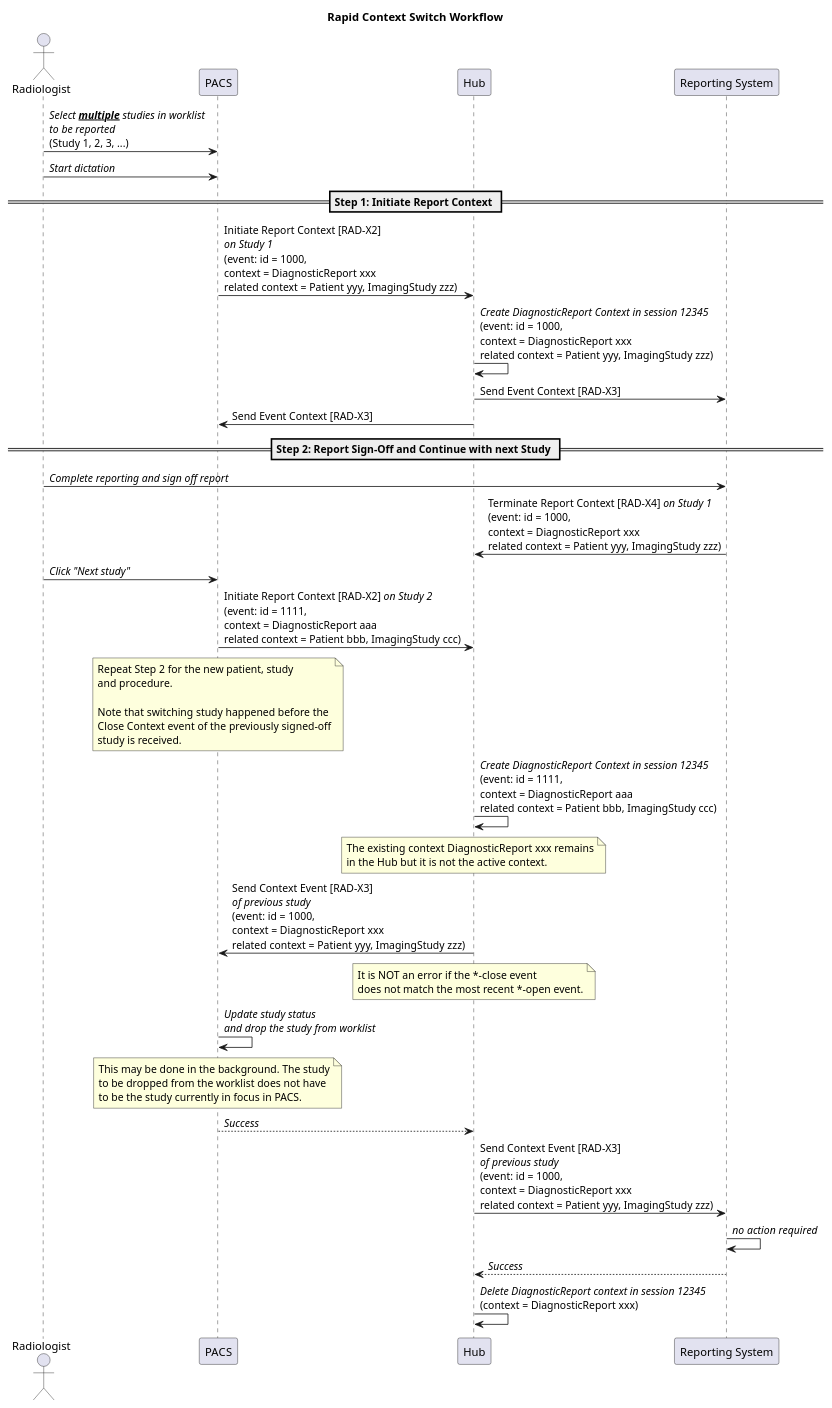
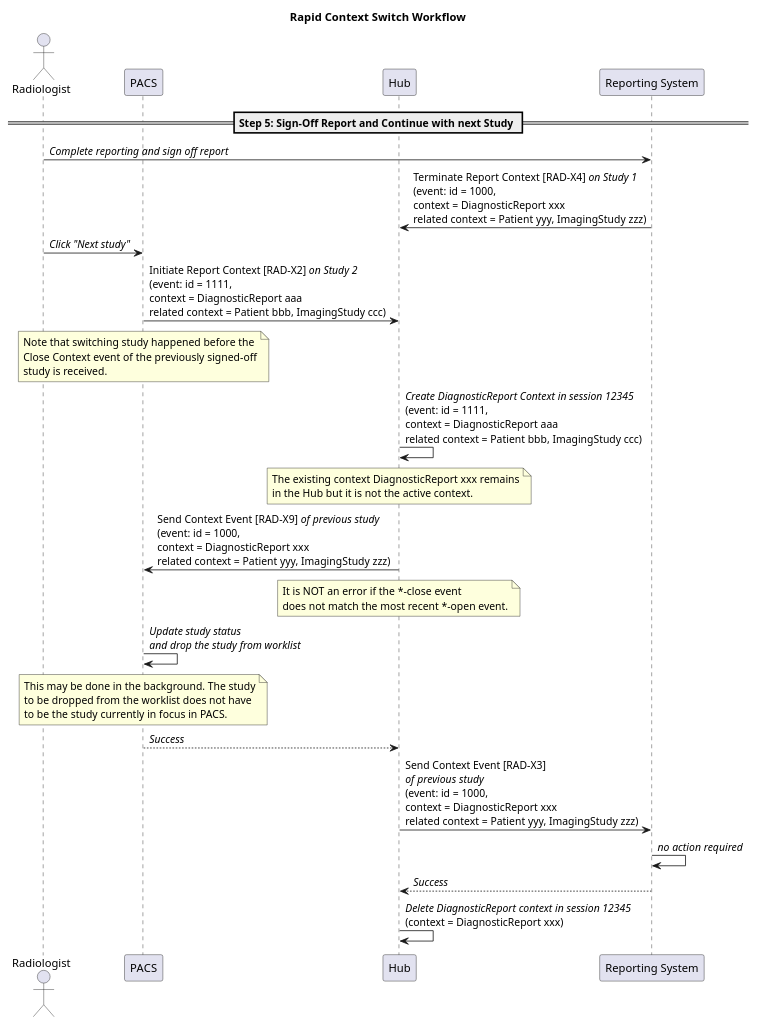
Before and after one commit to IHE/RAD.IRA: the diagram in input/images-source/rapid_switch_context.plantuml, drawn with PlantUML. The commit also changed 15 other files, not shown here.

```diff
--- a/input/images-source/rapid_switch_context.plantuml
+++ b/input/images-source/rapid_switch_context.plantuml
@@ -1,64 +1,50 @@
 @startuml rapid_switch_context
 
 title Rapid Context Switch Workflow
 
-actor Radiologist
+actor Radiologist as User
 participant "PACS" as PACS
 participant "Hub" as Hub
 participant "Reporting System" as Report
 
-Radiologist->PACS: //Select **__multiple__** studies in worklist//\n//to be reported//\n(Study 1, 2, 3, ...)
-Radiologist->PACS: //Start dictation//
+== Step 5: Sign-Off Report and Continue with next Study ==
 
-== Step 1: Initiate Report Context ==
-
-PACS->Hub: Initiate Report Context [RAD-X2]\n//on Study 1//\n(event: id = 1000,\ncontext = DiagnosticReport xxx\nrelated context = Patient yyy, ImagingStudy zzz)
-Hub->Hub: //Create DiagnosticReport Context in session 12345//\n(event: id = 1000,\ncontext = DiagnosticReport xxx\nrelated context = Patient yyy, ImagingStudy zzz)
-
-Hub->Report: Send Event Context [RAD-X3]
-Hub->PACS: Send Event Context [RAD-X3]
-
-== Step 2: Report Sign-Off and Continue with next Study ==
-
-Radiologist->Report: //Complete reporting and sign off report//
+User->Report: //Complete reporting and sign off report//
 Report->Hub: Terminate Report Context [RAD-X4] //on Study 1//\n(event: id = 1000,\ncontext = DiagnosticReport xxx\nrelated context = Patient yyy, ImagingStudy zzz)
 
-Radiologist->PACS: //Click "Next study"//
+User->PACS: //Click "Next study"//
 PACS->Hub: Initiate Report Context [RAD-X2] //on Study 2//\n(event: id = 1111,\ncontext = DiagnosticReport aaa\nrelated context = Patient bbb, ImagingStudy ccc)
 note over PACS
-Repeat Step 2 for the new patient, study
-and procedure.
-
 Note that switching study happened before the
 Close Context event of the previously signed-off
 study is received.
 end note
 
 Hub->Hub: //Create DiagnosticReport Context in session 12345//\n(event: id = 1111,\ncontext = DiagnosticReport aaa\nrelated context = Patient bbb, ImagingStudy ccc)
 note over Hub
 The existing context DiagnosticReport xxx remains
 in the Hub but it is not the active context.
 end note
 
-Hub->PACS: Send Context Event [RAD-X3]\n//of previous study//\n(event: id = 1000,\ncontext = DiagnosticReport xxx\nrelated context = Patient yyy, ImagingStudy zzz)
+Hub->PACS: Send Context Event [RAD-X9] //of previous study//\n(event: id = 1000,\ncontext = DiagnosticReport xxx\nrelated context = Patient yyy, ImagingStudy zzz)
 note over Hub
 It is NOT an error if the *-close event
 does not match the most recent *-open event.
 end note
 
 PACS->PACS: //Update study status//\n//and drop the study from worklist//
 note over PACS
 This may be done in the background. The study
 to be dropped from the worklist does not have
 to be the study currently in focus in PACS.
 end note
 
 PACS-->Hub: //Success//
 
 Hub->Report: Send Context Event [RAD-X3]\n//of previous study//\n(event: id = 1000,\ncontext = DiagnosticReport xxx\nrelated context = Patient yyy, ImagingStudy zzz)
 Report->Report: //no action required//
 Report-->Hub: //Success//
 
 Hub->Hub: //Delete DiagnosticReport context in session 12345//\n(context = DiagnosticReport xxx)
 
 @enduml
```
